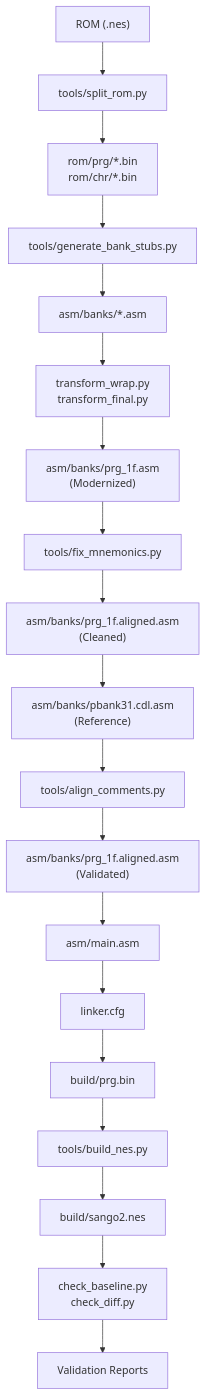
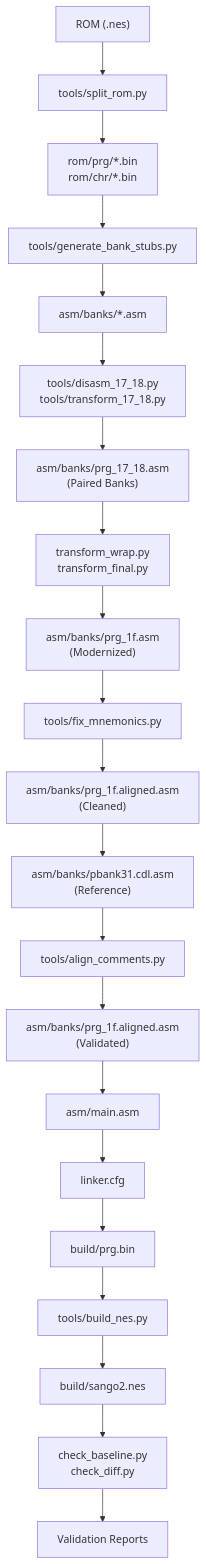
The first of 6 diagrams in .qoder/repowiki/en/content/Disassembly Workflow/Disassembly Workflow.md (rabbyzero/sango2dasm), drawn with Mermaid before and after one commit. The commit also changed other lines of this file and 11 other files, not shown here.

````diff
--- a/.qoder/repowiki/en/content/Disassembly Workflow/Disassembly Workflow.md
+++ b/.qoder/repowiki/en/content/Disassembly Workflow/Disassembly Workflow.md
@@ -80,21 +86,23 @@
 ```mermaid
 graph TB
 A["ROM (.nes)"] --> B["tools/split_rom.py"]
 B --> C["rom/prg/*.bin<br/>rom/chr/*.bin"]
 C --> D["tools/generate_bank_stubs.py"]
 D --> E["asm/banks/*.asm"]
-E --> F["transform_wrap.py<br/>transform_final.py"]
-F --> G["asm/banks/prg_1f.asm<br/>(Modernized)"]
-G --> H["tools/fix_mnemonics.py"]
-H --> I["asm/banks/prg_1f.aligned.asm<br/>(Cleaned)"]
-I --> J["asm/banks/pbank31.cdl.asm<br/>(Reference)"]
-J --> K["tools/align_comments.py"]
-K --> L["asm/banks/prg_1f.aligned.asm<br/>(Validated)"]
-L --> M["asm/main.asm"]
-M --> N["linker.cfg"]
-N --> O["build/prg.bin"]
-O --> P["tools/build_nes.py"]
-P --> Q["build/sango2.nes"]
-Q --> R["check_baseline.py<br/>check_diff.py"]
-R --> S["Validation Reports"]
+E --> F["tools/disasm_17_18.py<br/>tools/transform_17_18.py"]
+F --> G["asm/banks/prg_17_18.asm<br/>(Paired Banks)"]
+G --> H["transform_wrap.py<br/>transform_final.py"]
+H --> I["asm/banks/prg_1f.asm<br/>(Modernized)"]
+I --> J["tools/fix_mnemonics.py"]
+J --> K["asm/banks/prg_1f.aligned.asm<br/>(Cleaned)"]
+K --> L["asm/banks/pbank31.cdl.asm<br/>(Reference)"]
+L --> M["tools/align_comments.py"]
+M --> N["asm/banks/prg_1f.aligned.asm<br/>(Validated)"]
+N --> O["asm/main.asm"]
+O --> P["linker.cfg"]
+P --> Q["build/prg.bin"]
+Q --> R["tools/build_nes.py"]
+R --> S["build/sango2.nes"]
+S --> T["check_baseline.py<br/>check_diff.py"]
+T --> U["Validation Reports"]
 ```
````
